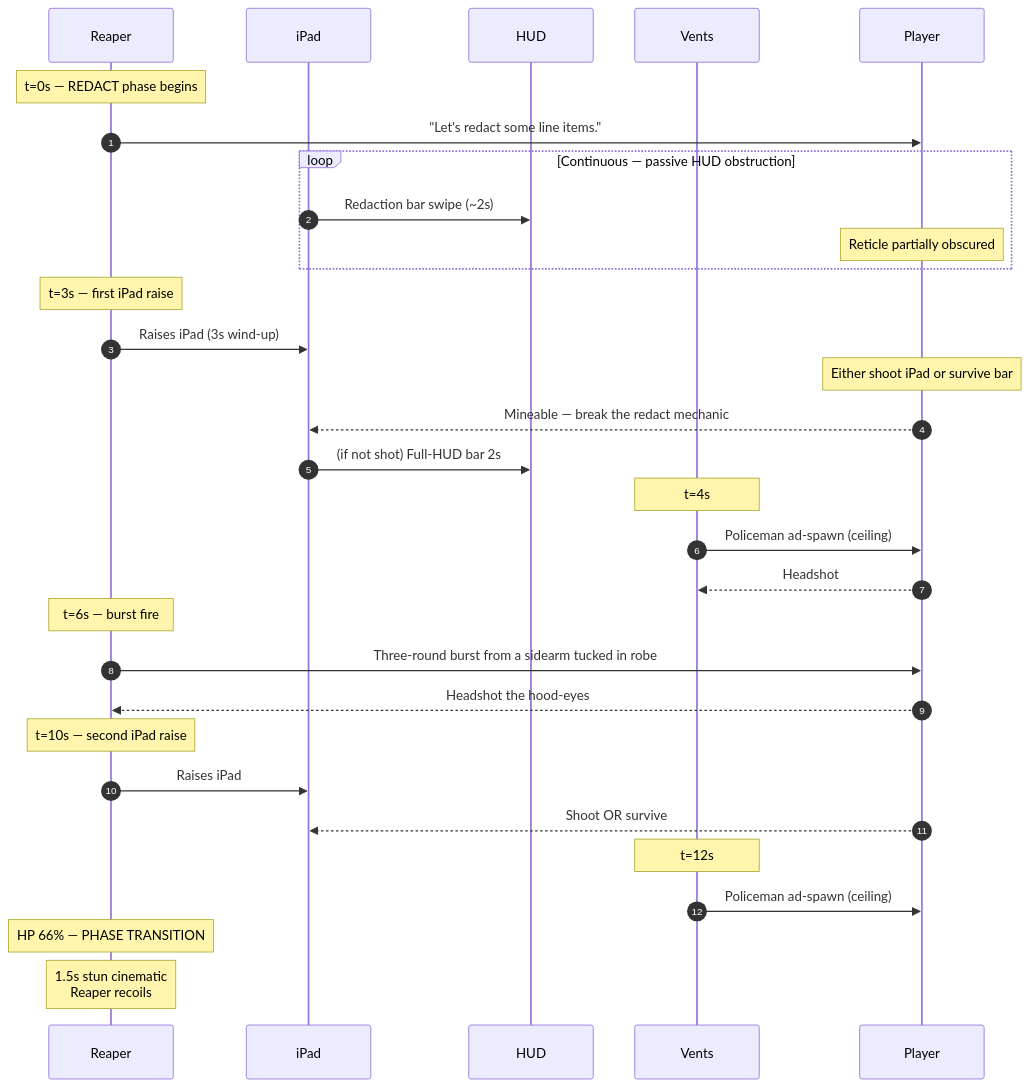
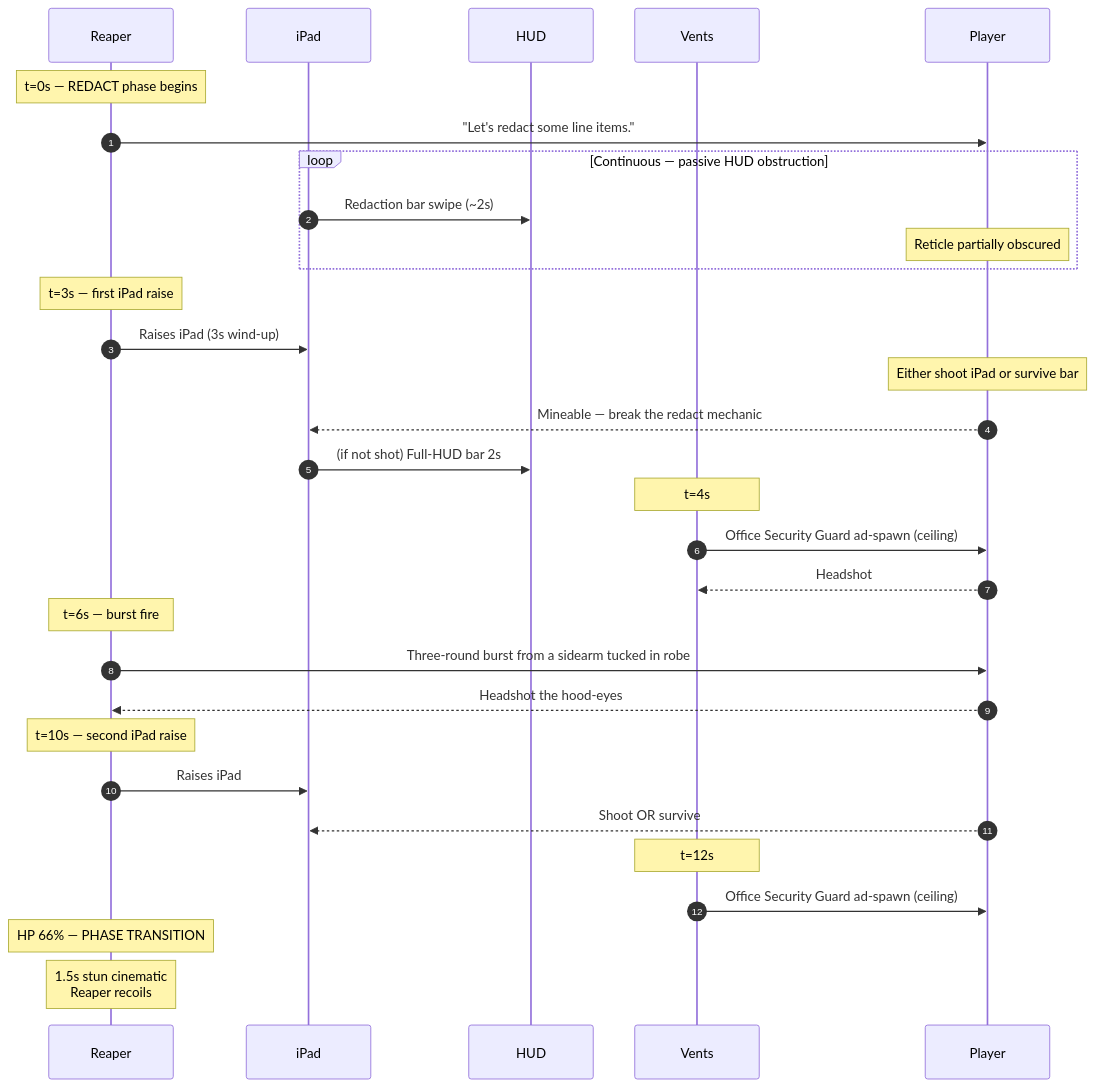
The second of 4 diagrams in docs/spec/levels/08-boardroom.md (arcade-cabinet/department-of-redundancy-department), drawn with Mermaid before and after one commit. The commit also changed other lines of this file and 14 other files, not shown here.

First line of the commit message:
refactor(lore): repurpose policeman → office security guard, swat → head of security

````diff
--- a/docs/spec/levels/08-boardroom.md
+++ b/docs/spec/levels/08-boardroom.md
@@ -99,41 +99,41 @@
 ```mermaid
 sequenceDiagram
     autonumber
     participant Reaper
     participant iPad
     participant HUD
     participant Vents
     participant Player
 
     Note over Reaper: t=0s — REDACT phase begins
     Reaper->>Player: "Let's redact some line items."
 
     loop Continuous — passive HUD obstruction
         iPad->>HUD: Redaction bar swipe (~2s)
         Note over Player: Reticle partially obscured
     end
 
     Note over Reaper: t=3s — first iPad raise
     Reaper->>iPad: Raises iPad (3s wind-up)
     Note over Player: Either shoot iPad or survive bar
     Player-->>iPad: Mineable — break the redact mechanic
     iPad->>HUD: (if not shot) Full-HUD bar 2s
 
     Note over Vents: t=4s
-    Vents->>Player: Policeman ad-spawn (ceiling)
+    Vents->>Player: Office Security Guard ad-spawn (ceiling)
     Player-->>Vents: Headshot
 
     Note over Reaper: t=6s — burst fire
     Reaper->>Player: Three-round burst from a sidearm tucked in robe
     Player-->>Reaper: Headshot the hood-eyes
 
     Note over Reaper: t=10s — second iPad raise
     Reaper->>iPad: Raises iPad
     Player-->>iPad: Shoot OR survive
 
     Note over Vents: t=12s
-    Vents->>Player: Policeman ad-spawn (ceiling)
+    Vents->>Player: Office Security Guard ad-spawn (ceiling)
 
     Note over Reaper: HP 66% — PHASE TRANSITION
     Note over Reaper: 1.5s stun cinematic<br/>Reaper recoils
 ```
````
